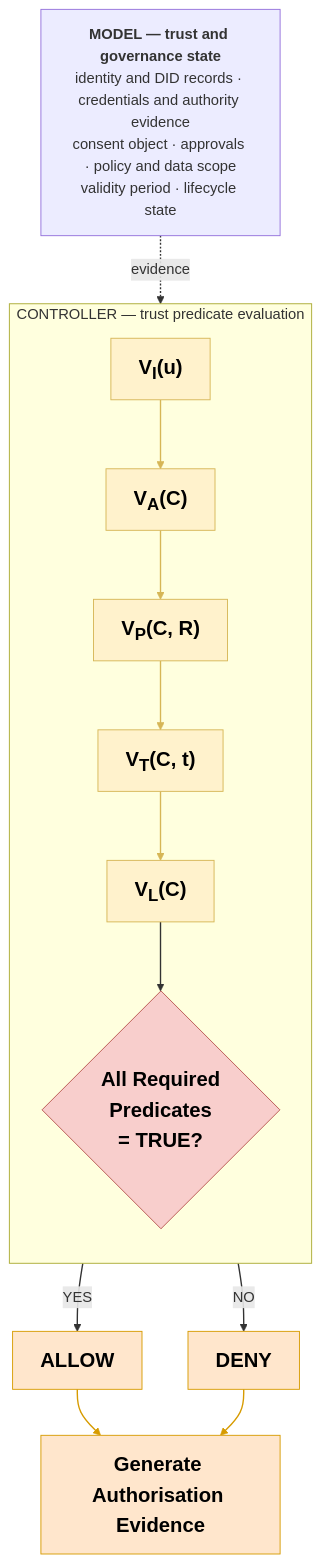
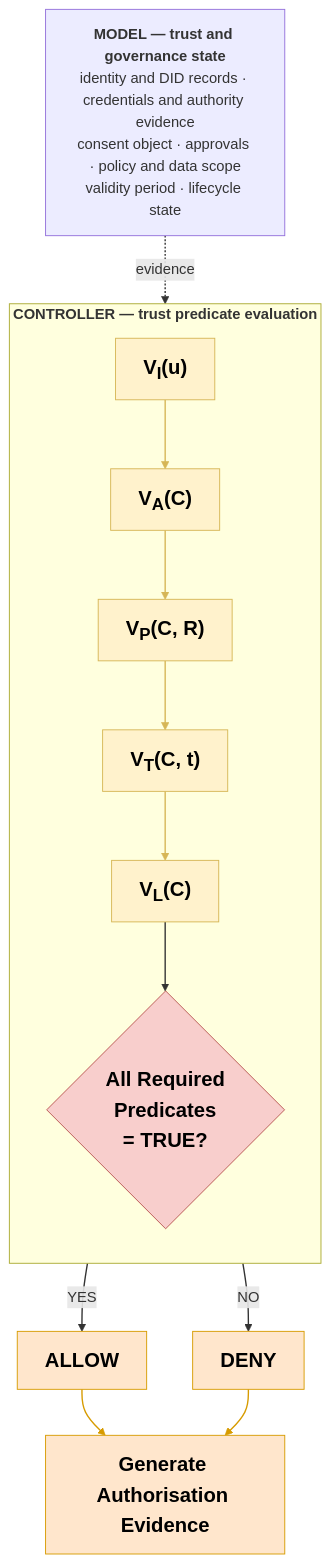
The diagram in review/word/figures_colour/fig05.mmd (yasir12345678900/HealthRWA-Sepolia-Personal-try), drawn with Mermaid before and after one commit. The commit also changed 25 other files, not shown here.

```diff
--- a/review/word/figures_colour/fig05.mmd
+++ b/review/word/figures_colour/fig05.mmd
@@ -1,28 +1,28 @@
 %%{init: {"flowchart": {"curve": "basis"}}}%%
 flowchart TD
 MD["<b>MODEL — trust and governance state</b><br/>identity and DID records · credentials and authority evidence<br/>consent object · approvals · policy and data scope<br/>validity period · lifecycle state"]
-subgraph CTRL["CONTROLLER — trust predicate evaluation"]
+subgraph CTRL["<b>CONTROLLER — trust predicate evaluation</b>"]
 direction TB
 P1["V<sub>I</sub>(u)"] --> P2["V<sub>A</sub>(C)"]
 P2 --> P3["V<sub>P</sub>(C, R)"]
 P3 --> P4["V<sub>T</sub>(C, t)"]
 P4 --> P5["V<sub>L</sub>(C)"]
 P5 --> Q{"All Required<br/>Predicates<br/>= TRUE?"}
 end
 MD -. evidence .-> CTRL
 Q -- YES --> AL[ALLOW]
 Q -- NO --> DE[DENY]
 AL --> G[Generate Authorisation Evidence]
 DE --> G
 classDef v fill:#FFF2CC,stroke:#D6B656,color:#000,font-weight:bold,font-size:22px
 classDef q fill:#F8CECC,stroke:#B85450,color:#000,font-weight:bold,font-size:22px
 classDef o fill:#FFE6CC,stroke:#D79B00,color:#000,font-weight:bold,font-size:22px
 classDef m fill:#ECECFF,stroke:#9370DB,color:#333,font-size:16px
 class P1,P2,P3,P4,P5 v
 class Q q
 class AL,DE,G o
 class MD m
 style CTRL fill:#FFFFDE,stroke:#AAAA33
 linkStyle 0,1,2,3 stroke:#D6B656,stroke-width:1.5px
 linkStyle 4,5,6,7 stroke:#333333,stroke-width:1.5px
 linkStyle 8,9 stroke:#D79B00,stroke-width:1.5px
```
